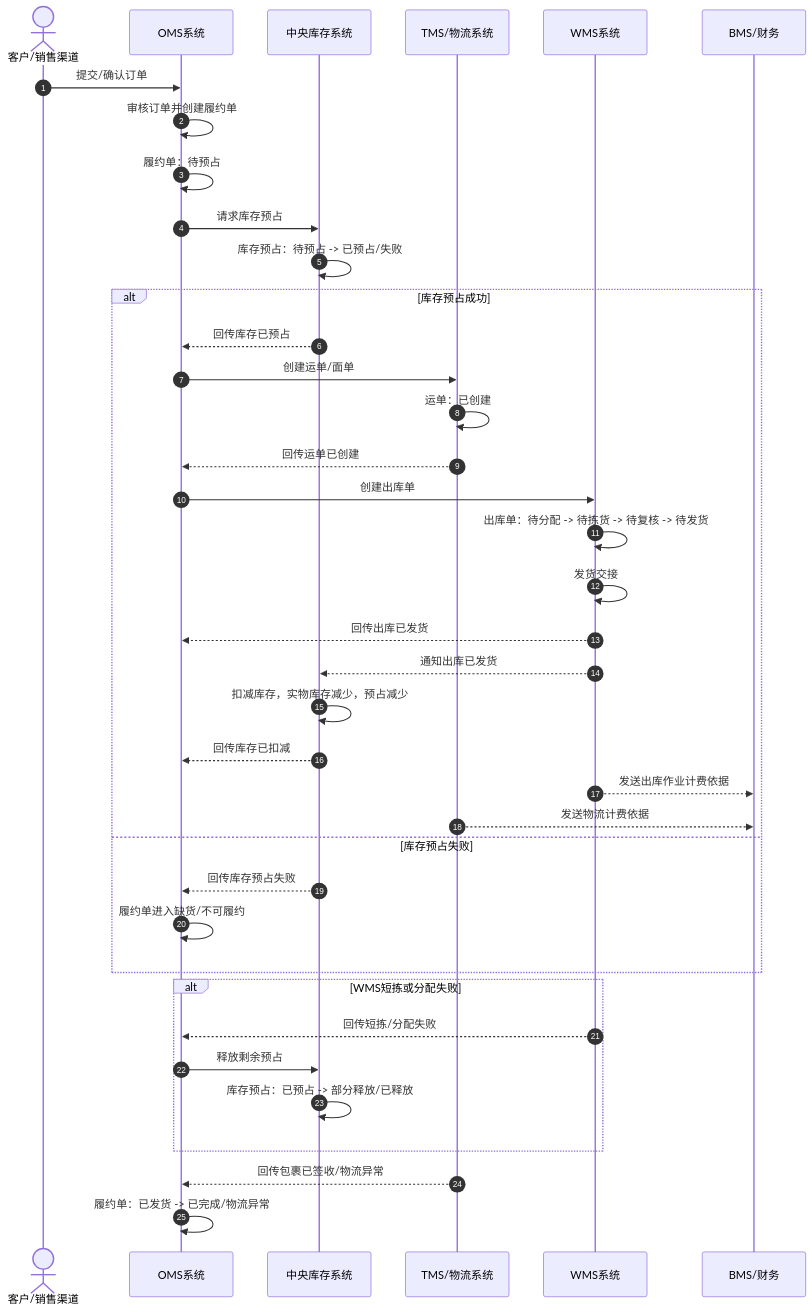
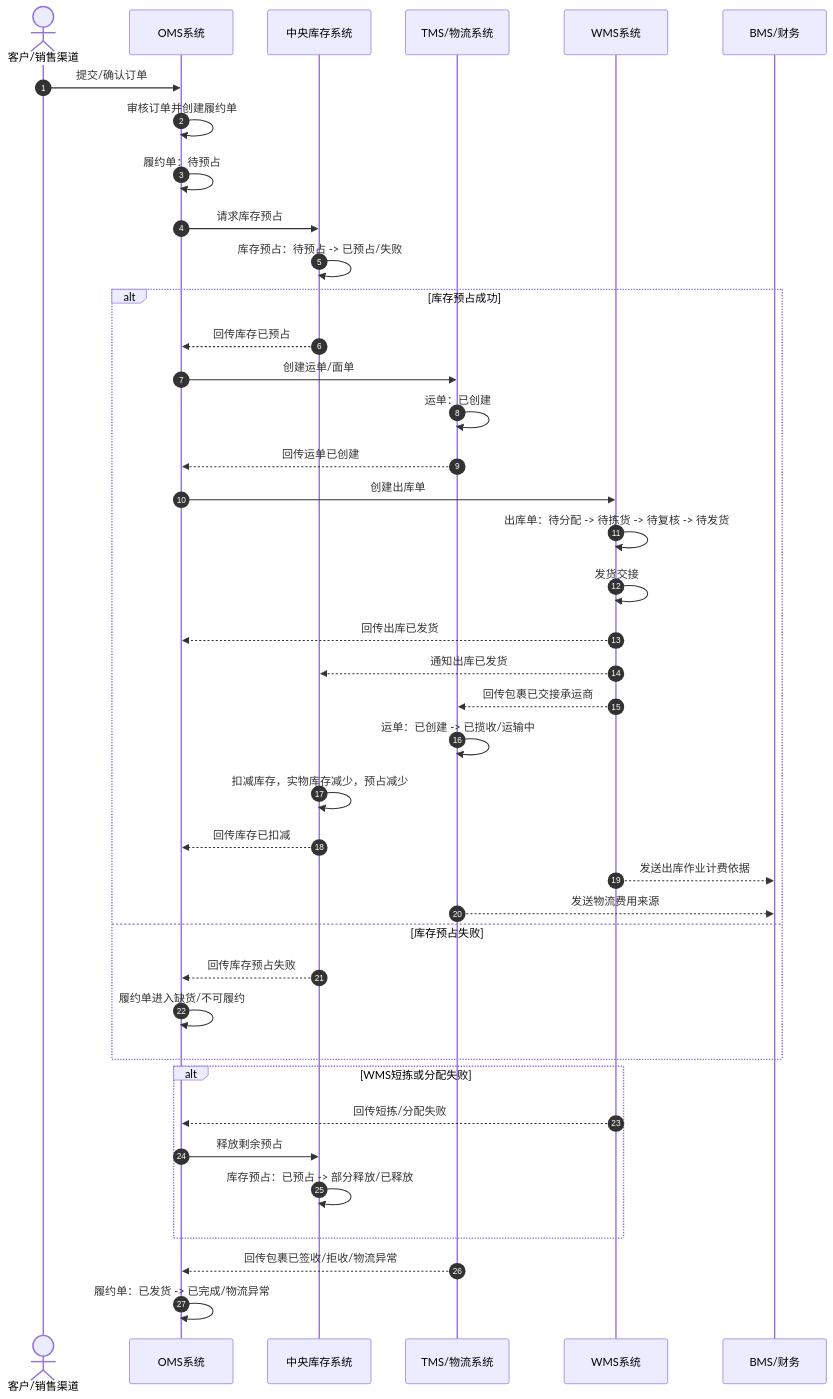
Before and after one commit to chao1927/scm: the second of 2 diagrams in docs/02-业务流程/03-2-销售出库业务流程.md, drawn with Mermaid. The commit also changed other lines of this file and 118 other files, not shown here.

````diff
--- a/docs/02-业务流程/03-2-销售出库业务流程.md
+++ b/docs/02-业务流程/03-2-销售出库业务流程.md
@@ -152,44 +165,46 @@
 ```mermaid
 sequenceDiagram
   autonumber
   actor Customer as 客户/销售渠道
   participant OMS as OMS系统
   participant INV as 中央库存系统
   participant TMS as TMS/物流系统
   participant WMS as WMS系统
   participant BMS as BMS/财务
 
   Customer->>OMS: 提交/确认订单
   OMS->>OMS: 审核订单并创建履约单
   OMS->>OMS: 履约单：待预占
   OMS->>INV: 请求库存预占
   INV->>INV: 库存预占：待预占 -> 已预占/失败
 
   alt 库存预占成功
     INV-->>OMS: 回传库存已预占
     OMS->>TMS: 创建运单/面单
     TMS->>TMS: 运单：已创建
     TMS-->>OMS: 回传运单已创建
     OMS->>WMS: 创建出库单
     WMS->>WMS: 出库单：待分配 -> 待拣货 -> 待复核 -> 待发货
     WMS->>WMS: 发货交接
     WMS-->>OMS: 回传出库已发货
     WMS-->>INV: 通知出库已发货
+    WMS-->>TMS: 回传包裹已交接承运商
+    TMS->>TMS: 运单：已创建 -> 已揽收/运输中
     INV->>INV: 扣减库存，实物库存减少，预占减少
     INV-->>OMS: 回传库存已扣减
     WMS-->>BMS: 发送出库作业计费依据
-    TMS-->>BMS: 发送物流计费依据
+    TMS-->>BMS: 发送物流费用来源
   else 库存预占失败
     INV-->>OMS: 回传库存预占失败
     OMS->>OMS: 履约单进入缺货/不可履约
   end
 
   alt WMS短拣或分配失败
     WMS-->>OMS: 回传短拣/分配失败
     OMS->>INV: 释放剩余预占
     INV->>INV: 库存预占：已预占 -> 部分释放/已释放
   end
 
-  TMS-->>OMS: 回传包裹已签收/物流异常
+  TMS-->>OMS: 回传包裹已签收/拒收/物流异常
   OMS->>OMS: 履约单：已发货 -> 已完成/物流异常
 ```
````
